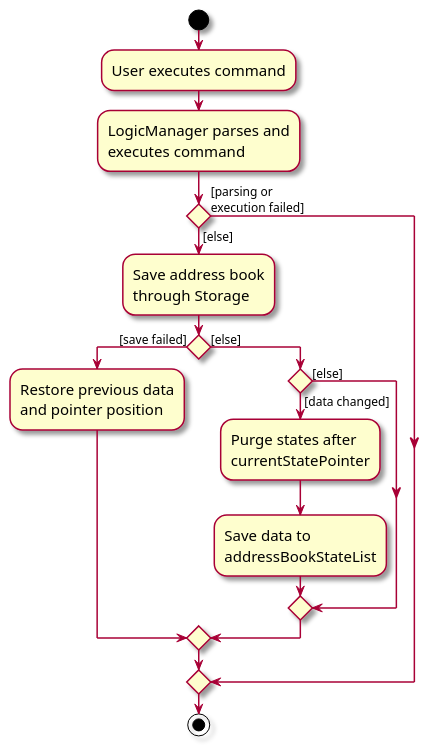
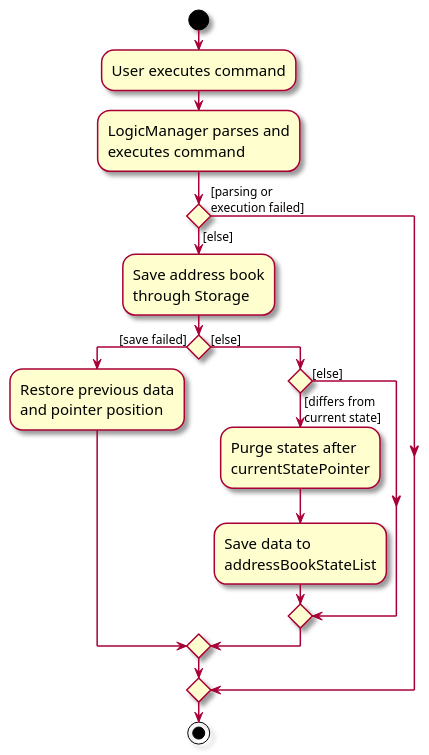
Before and after one commit to AY2627S1-CS2103T-F10-4/tp: the diagram in docs/diagrams/CommitActivityDiagram.puml, drawn with PlantUML. The commit also changed 2 other files, not shown here.

```diff
--- a/docs/diagrams/CommitActivityDiagram.puml
+++ b/docs/diagrams/CommitActivityDiagram.puml
@@ -1,32 +1,33 @@
 @startuml
 skin rose
 skinparam ActivityFontSize 15
 skinparam ArrowFontSize 12
 start
 :User executes command;
 :LogicManager parses and
 executes command;
 
 'Since the beta syntax does not support placing the condition outside the
 'diamond we place it as the true branch instead.
 
 if () then ([parsing or
 execution failed])
 else ([else])
     :Save address book
     through Storage;
     if () then ([save failed])
         :Restore previous data
         and pointer position;
     else ([else])
-        if () then ([data changed])
+        if () then ([differs from
+current state])
             :Purge states after
             currentStatePointer;
             :Save data to
             addressBookStateList;
         else ([else])
         endif
     endif
 endif
 stop
 @enduml
```
